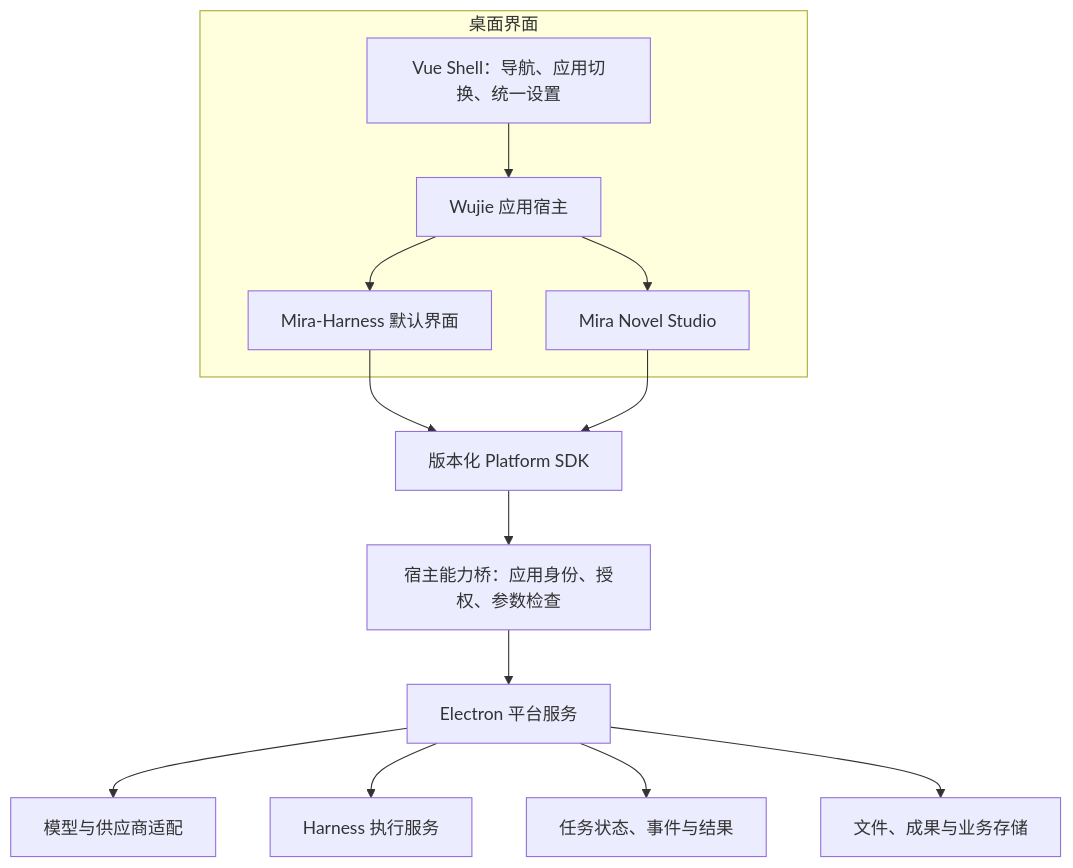
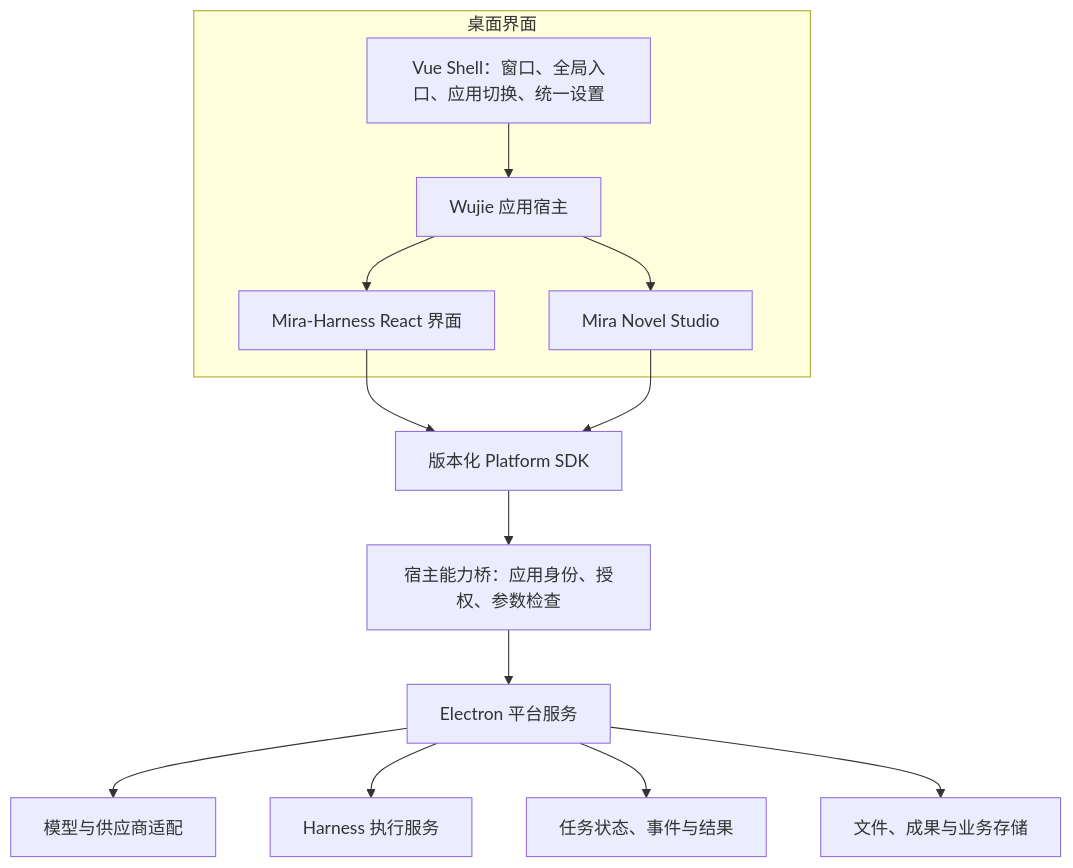
Before and after one commit to ChatWw/Mira-Harness: the first of 2 diagrams in docs/MIRA_PLATFORM_PLAN.md, drawn with Mermaid. The commit also changed other lines of this file and 18 other files, not shown here.

First line of the commit message:
feat(shell): implement two-layer Mira application shell

````diff
--- a/docs/MIRA_PLATFORM_PLAN.md
+++ b/docs/MIRA_PLATFORM_PLAN.md
@@ -129,20 +130,20 @@
 ```mermaid
 flowchart TB
   subgraph UI[桌面界面]
-    S[Vue Shell：导航、应用切换、统一设置]
+    S[Vue Shell：窗口、全局入口、应用切换、统一设置]
     W[Wujie 应用宿主]
-    H[Mira-Harness 默认界面]
+    H[Mira-Harness React 界面]
     N[Mira Novel Studio]
     S --> W
     W --> H
     W --> N
   end
   H --> SDK[版本化 Platform SDK]
   N --> SDK
   SDK --> B[宿主能力桥：应用身份、授权、参数检查]
   B --> P[Electron 平台服务]
   P --> M[模型与供应商适配]
   P --> A[Harness 执行服务]
   P --> T[任务状态、事件与结果]
   P --> D[文件、成果与业务存储]
 ```
````
